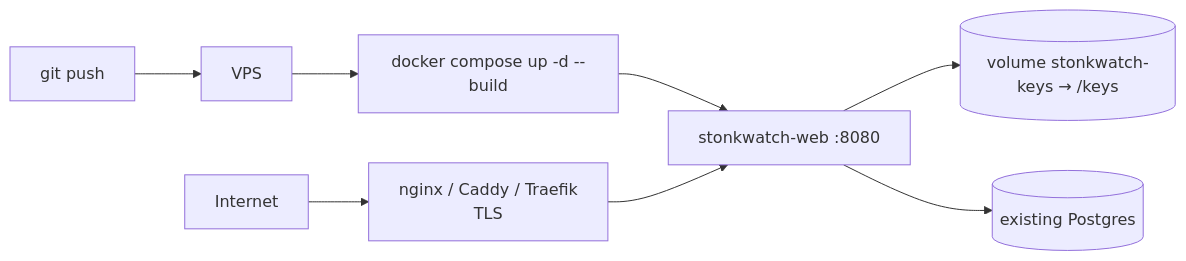
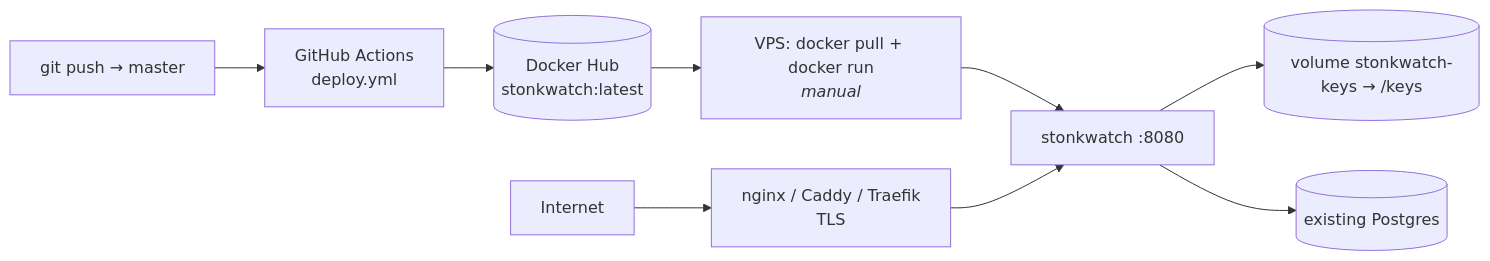
Before and after one commit to Darkamui/StonkWatch: the diagram in docs/operations.md, drawn with Mermaid. The commit also changed other lines of this file and 2 other files, not shown here.

First line of the commit message:
Drop docker-compose.yml; the VPS supplies its own run config

````diff
--- a/docs/operations.md
+++ b/docs/operations.md
@@ -163,10 +163,11 @@
 ```mermaid
 flowchart LR
-    Dev["git push"] --> VPS["VPS"]
-    VPS --> Build["docker compose up -d --build"]
-    Build --> C["stonkwatch-web :8080"]
+    Dev["git push → master"] --> GHA["GitHub Actions<br/>deploy.yml"]
+    GHA --> Hub[("Docker Hub<br/>stonkwatch:latest")]
+    Hub --> Pull["VPS: docker pull + docker run<br/><i>manual</i>"]
+    Pull --> C["stonkwatch :8080"]
     C --> V[("volume stonkwatch-keys → /keys")]
     C --> PG[("existing Postgres")]
     Proxy["nginx / Caddy / Traefik<br/>TLS"] --> C
     Internet --> Proxy
 ```
````
